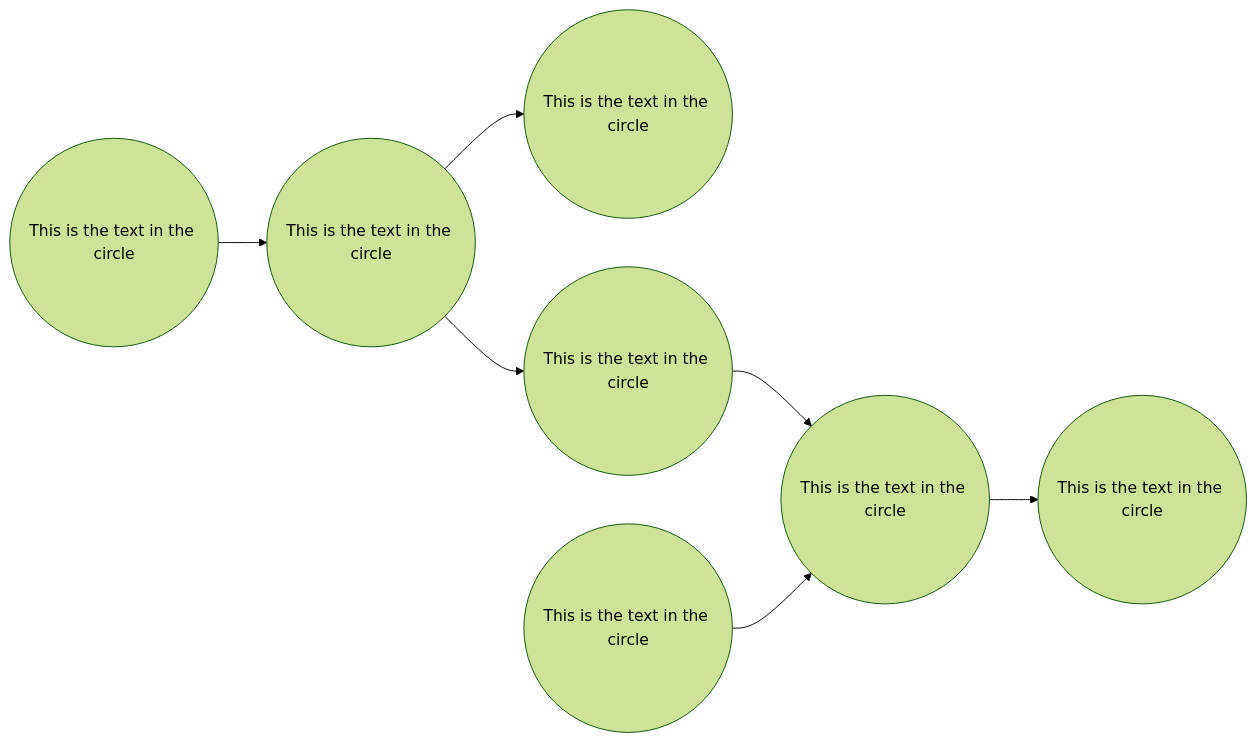
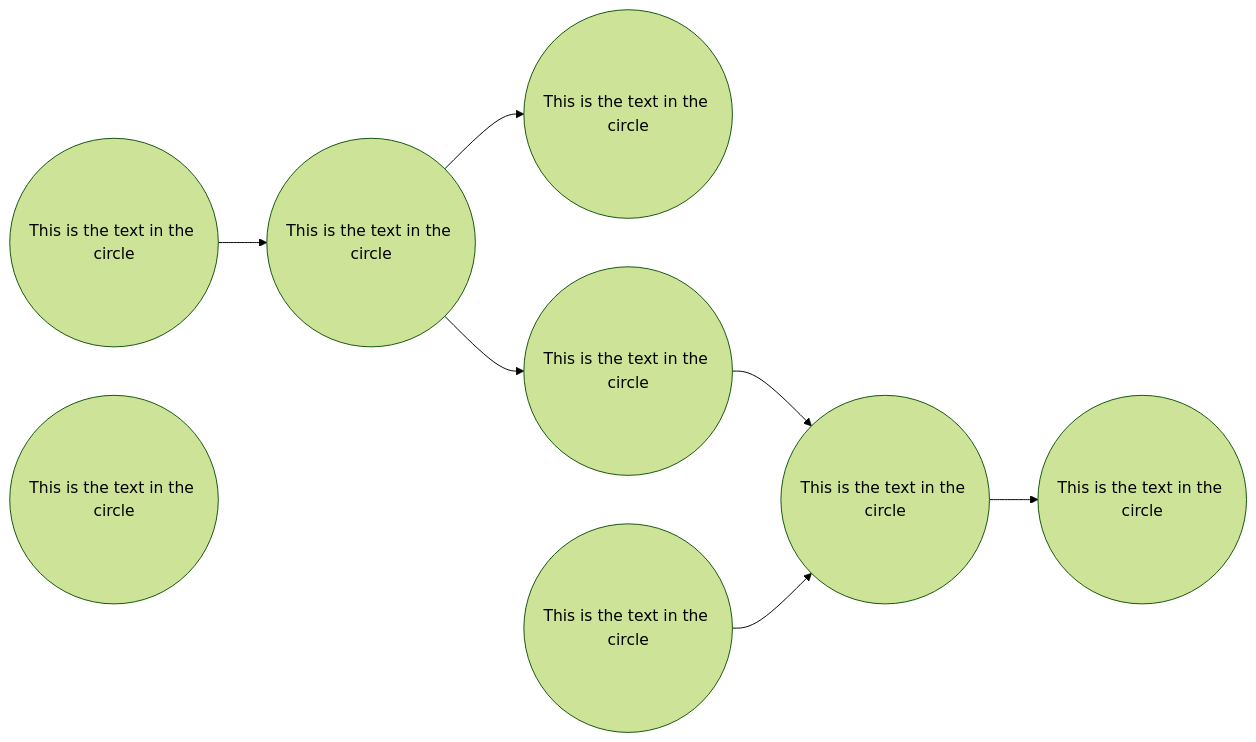
The second of 2 diagrams in slides.md (gerbssusd/dok), drawn with Mermaid (forest theme) before and after one commit.

````diff
--- a/slides.md
+++ b/slides.md
@@ -499,14 +499,14 @@
 ```mermaid {scale: .70}
 
 flowchart LR
     id1((This is the text in the circle)) -->
     id2((This is the text in the circle)) -->
     id3((This is the text in the circle))
-       id3((This is the text in the circle))
+       id3.1((This is the text in the circle))
    id2 --> id4((This is the text in the circle)) -->id6
     id5((This is the text in the circle)) -->
     id6((This is the text in the circle)) -->
     id7((This is the text in the circle))
 
 
 ```
````
